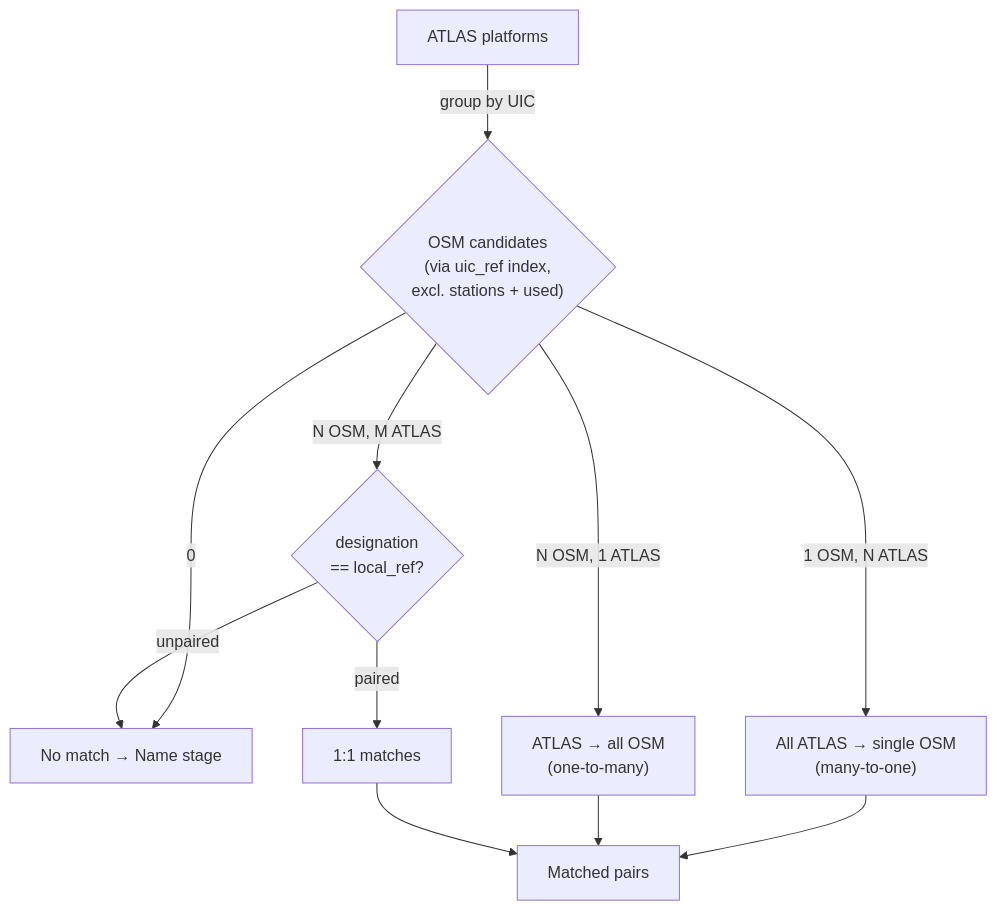
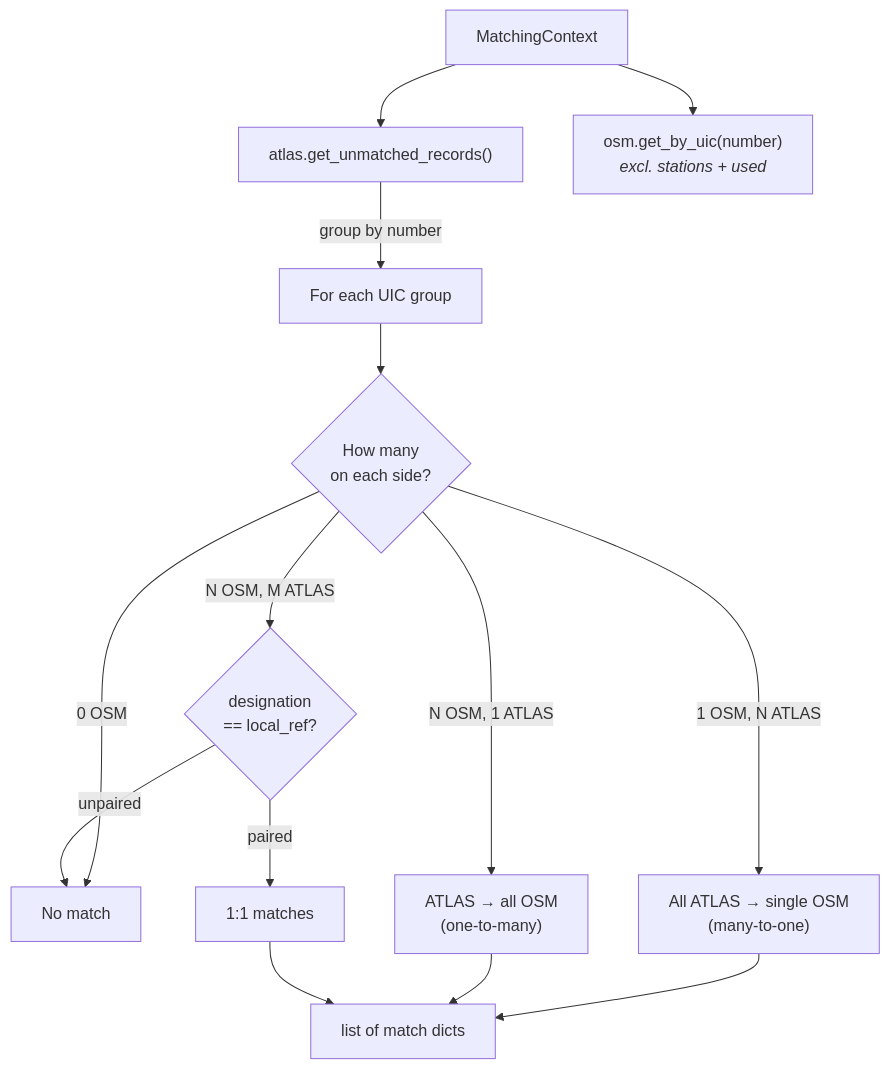
One commit to openTdataCH/stop_sync_osm_atlas changed the diagram in documentation/2.1 Exact matching.md. Above: the diagram before and after it, drawn with Mermaid. The commit also changed other lines of this file and 61 other files, not shown here.

````diff
--- a/documentation/2.1 Exact matching.md
+++ b/documentation/2.1 Exact matching.md
@@ -5,13 +5,16 @@
 ```mermaid
 flowchart TB
-    IN["ATLAS platforms"] -->|group by UIC| C{"OSM candidates<br/>(via uic_ref index,<br/>excl. stations + used)"}
+    CTX["MatchingContext"] --> UA["atlas.get_unmatched_records()"]
+    CTX --> OSM["osm.get_by_uic(number)<br/><i>excl. stations + used</i>"]
+    UA -->|group by number| G["For each UIC group"]
+    G --> C{"How many<br/>on each side?"}
 
-    C -->|0| X["No match → Name stage"]
+    C -->|"0 OSM"| X["No match"]
     C -->|"1 OSM, N ATLAS"| M1["All ATLAS → single OSM<br/>(many-to-one)"]
     C -->|"N OSM, 1 ATLAS"| M2["ATLAS → all OSM<br/>(one-to-many)"]
     C -->|"N OSM, M ATLAS"| D{"designation<br/>== local_ref?"}
     D -->|paired| M3["1:1 matches"]
     D -->|unpaired| X
 
-    M1 & M2 & M3 --> OUT["Matched pairs"]
+    M1 & M2 & M3 --> OUT["list of match dicts"]
 ```
````
